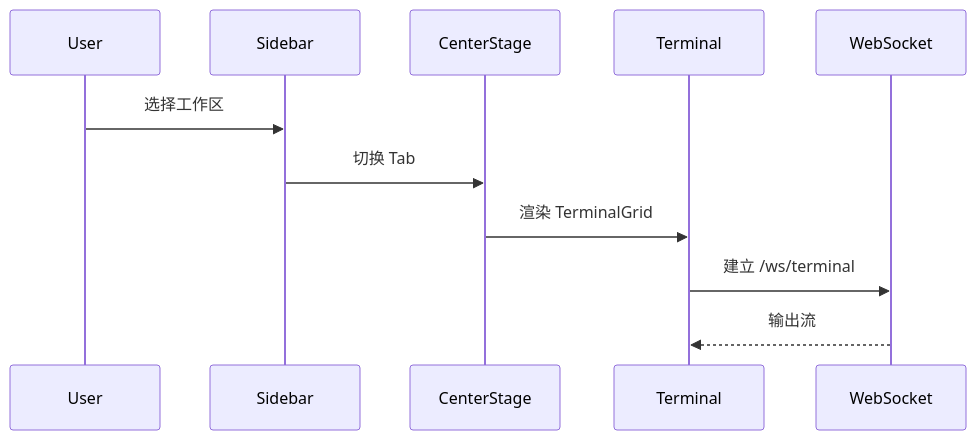
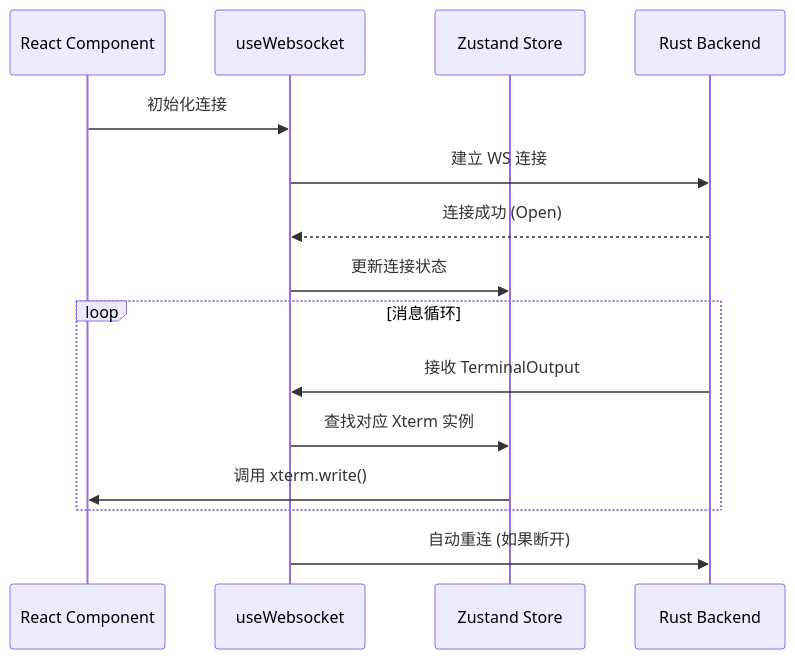
Before and after one commit to AruNi-01/atmos: the second of 2 diagrams in .atmos/wiki/deep-dive/frontend/web-app.md, drawn with Mermaid. The commit also changed other lines of this file and 49 other files, not shown here.

````diff
--- a/.atmos/wiki/deep-dive/frontend/web-app.md
+++ b/.atmos/wiki/deep-dive/frontend/web-app.md
@@ -65,14 +77,20 @@
 ```mermaid
 sequenceDiagram
-    participant U as User
-    participant S as Sidebar
-    participant C as CenterStage
-    participant T as Terminal
-    participant Ws as WebSocket
+    participant UI as React Component
+    participant Hook as useWebsocket
+    participant Store as Zustand Store
+    participant Server as Rust Backend
 
-    U->>S: 选择工作区
-    S->>C: 切换 Tab
-    C->>T: 渲染 TerminalGrid
-    T->>Ws: 建立 /ws/terminal
-    Ws-->>T: 输出流
+    UI->>Hook: 初始化连接
+    Hook->>Server: 建立 WS 连接
+    Server-->>Hook: 连接成功 (Open)
+    Hook->>Store: 更新连接状态
+    
+    loop 消息循环
+        Server->>Hook: 接收 TerminalOutput
+        Hook->>Store: 查找对应 Xterm 实例
+        Store->>UI: 调用 xterm.write()
+    end
+    
+    Hook->>Server: 自动重连 (如果断开)
 ```
````
